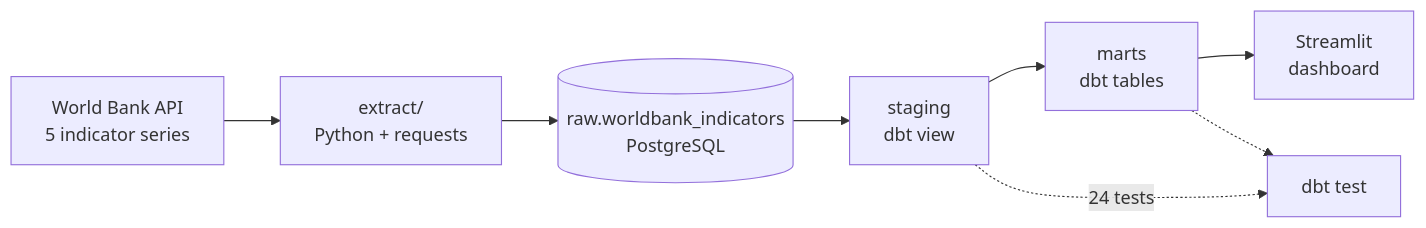
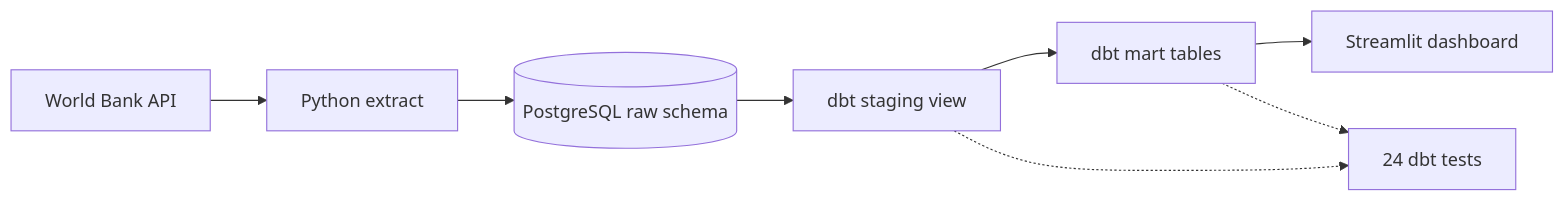
One commit to fzlmn/morocco-data-platform changed the first of 2 diagrams in README.md. Above: the diagram before and after it, drawn with Mermaid. The commit also changed other lines of this file and 3 other files, not shown here.

````diff
--- a/README.md
+++ b/README.md
@@ -31,10 +31,10 @@
 ```mermaid
 flowchart LR
-    A["World Bank API<br/>5 indicator series"] --> B["extract/<br/>Python + requests"]
-    B --> C[("raw.worldbank_indicators<br/>PostgreSQL")]
-    C --> D["staging<br/>dbt view"]
-    D --> E["marts<br/>dbt tables"]
-    E --> F["Streamlit<br/>dashboard"]
-    D -.->|24 tests| G["dbt test"]
+    A[World Bank API] --> B[Python extract]
+    B --> C[(PostgreSQL raw schema)]
+    C --> D[dbt staging view]
+    D --> E[dbt mart tables]
+    E --> F[Streamlit dashboard]
+    D -.-> G[24 dbt tests]
     E -.-> G
 ```
````
